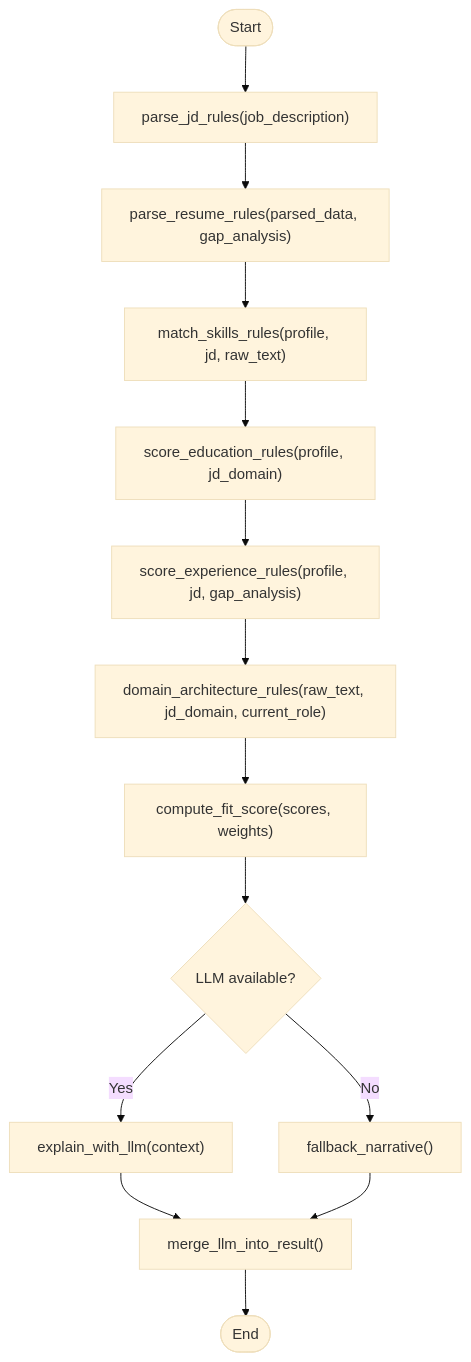
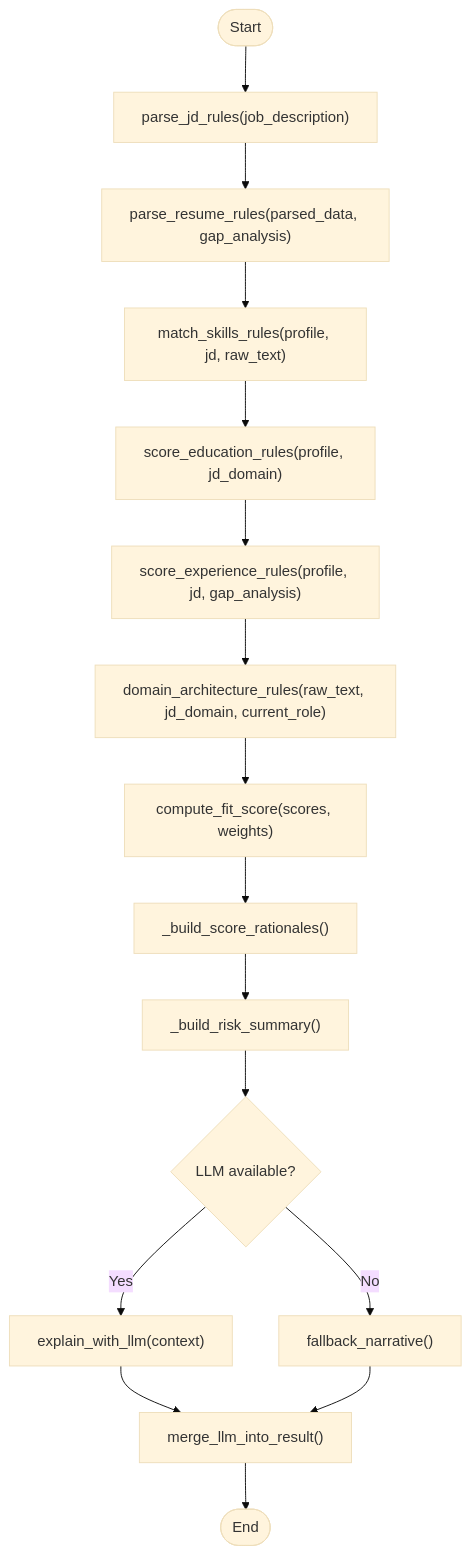
Before and after one commit to Revanththetalogics/aireume: the third of 13 diagrams in .qoder/repowiki/en/content/Analysis Engine/Analysis Engine.md, drawn with Mermaid (base theme). The commit also changed other lines of this file and 33 other files, not shown here.

````diff
--- a/.qoder/repowiki/en/content/Analysis Engine/Analysis Engine.md
+++ b/.qoder/repowiki/en/content/Analysis Engine/Analysis Engine.md
@@ -153,16 +160,18 @@
 ```mermaid
 flowchart TD
 Start(["Start"]) --> ParseJD["parse_jd_rules(job_description)"]
 ParseJD --> ParseResume["parse_resume_rules(parsed_data, gap_analysis)"]
 ParseResume --> MatchSkills["match_skills_rules(profile, jd, raw_text)"]
 MatchSkills --> EduScore["score_education_rules(profile, jd_domain)"]
 EduScore --> ExpTimeline["score_experience_rules(profile, jd, gap_analysis)"]
 ExpTimeline --> DomainArch["domain_architecture_rules(raw_text, jd_domain, current_role)"]
 DomainArch --> ComputeFit["compute_fit_score(scores, weights)"]
-ComputeFit --> LLMCall{"LLM available?"}
+ComputeFit --> Rationales["_build_score_rationales()"]
+Rationales --> RiskSummary["_build_risk_summary()"]
+RiskSummary --> LLMCall{"LLM available?"}
 LLMCall --> |Yes| LLMNarrative["explain_with_llm(context)"]
 LLMCall --> |No| Fallback["fallback_narrative()"]
 LLMNarrative --> Merge["merge_llm_into_result()"]
 Fallback --> Merge
 Merge --> End(["End"])
 ```
````
